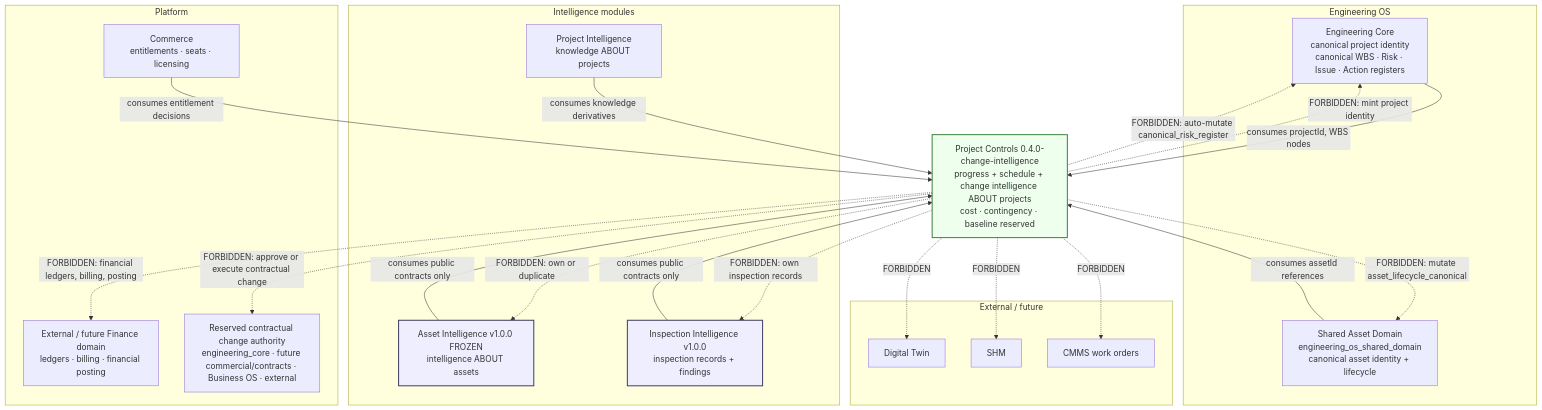
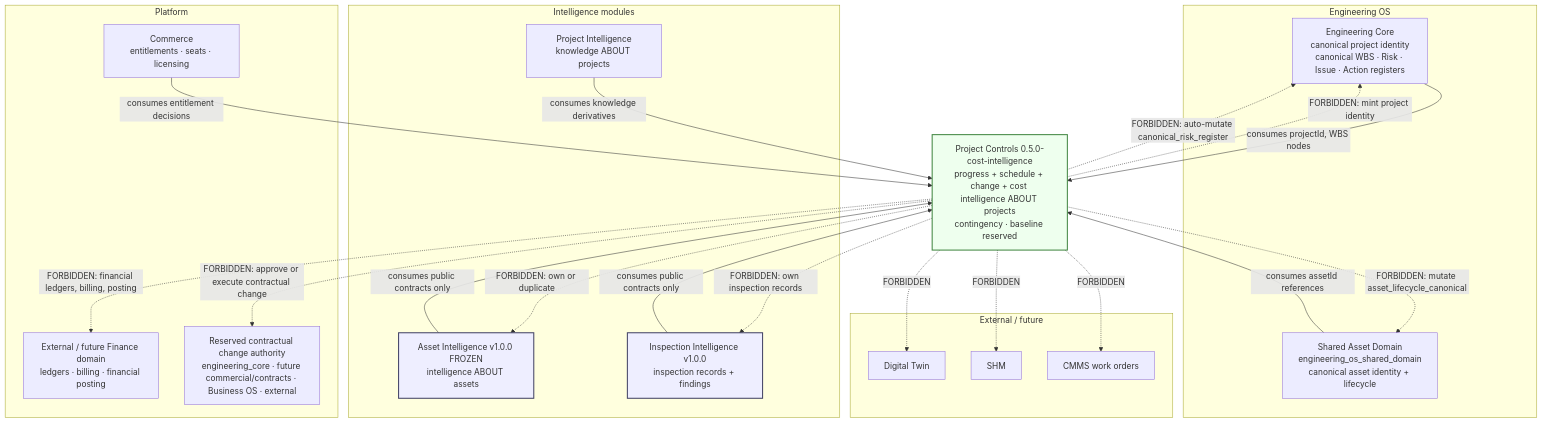
Before and after one commit to sberso2026/AI-Platform: the diagram in docs/architecture/PROJECT_CONTROLS_BOUNDARY_MAP.md, drawn with Mermaid. The commit also changed other lines of this file and 40 other files, not shown here.

Commit message:
Implement Phase 11E cost intelligence with governed Project Profile integration.

````diff
--- a/docs/architecture/PROJECT_CONTROLS_BOUNDARY_MAP.md
+++ b/docs/architecture/PROJECT_CONTROLS_BOUNDARY_MAP.md
@@ -11,50 +11,50 @@
 ```mermaid
 flowchart TB
   subgraph EOS["Engineering OS"]
     CORE["Engineering Core<br/>canonical project identity<br/>canonical WBS · Risk · Issue · Action registers"]
     SHARED["Shared Asset Domain<br/>engineering_os_shared_domain<br/>canonical asset identity + lifecycle"]
   end
 
   subgraph MODULES["Intelligence modules"]
     PI["Project Intelligence<br/>knowledge ABOUT projects"]
     AI["Asset Intelligence v1.0.0 FROZEN<br/>intelligence ABOUT assets"]
     II["Inspection Intelligence v1.0.0<br/>inspection records + findings"]
   end
 
   subgraph PLATFORM["Platform"]
     COMMERCE["Commerce<br/>entitlements · seats · licensing"]
     FINANCE["External / future Finance domain<br/>ledgers · billing · financial posting"]
     CONTRACTS["Reserved contractual change authority<br/>engineering_core · future commercial/contracts · Business OS · external"]
   end
 
   subgraph EXTERNAL["External / future"]
     TWIN["Digital Twin"]
     SHM["SHM"]
     CMMS["CMMS work orders"]
   end
 
-  PC["Project Controls 0.4.0-change-intelligence<br/>progress + schedule + change intelligence ABOUT projects<br/>cost · contingency · baseline reserved"]
+  PC["Project Controls 0.5.0-cost-intelligence<br/>progress + schedule + change + cost intelligence ABOUT projects<br/>contingency · baseline reserved"]
 
   CORE -->|consumes projectId, WBS nodes| PC
   PI -->|consumes knowledge derivatives| PC
   AI -->|consumes public contracts only| PC
   II -->|consumes public contracts only| PC
   COMMERCE -->|consumes entitlement decisions| PC
   SHARED -->|consumes assetId references| PC
 
   PC -.->|FORBIDDEN: mint project identity| CORE
   PC -.->|FORBIDDEN: auto-mutate canonical_risk_register| CORE
   PC -.->|FORBIDDEN: mutate asset_lifecycle_canonical| SHARED
   PC -.->|FORBIDDEN: own or duplicate| AI
   PC -.->|FORBIDDEN: own inspection records| II
   PC -.->|FORBIDDEN: financial ledgers, billing, posting| FINANCE
   PC -.->|FORBIDDEN: approve or execute contractual change| CONTRACTS
   PC -.->|FORBIDDEN| TWIN
   PC -.->|FORBIDDEN| SHM
   PC -.->|FORBIDDEN| CMMS
 
   classDef frozen fill:#eef,stroke:#446,stroke-width:2px;
   classDef pc fill:#efe,stroke:#484,stroke-width:2px;
   class AI,II frozen;
   class PC pc;
 ```
````
